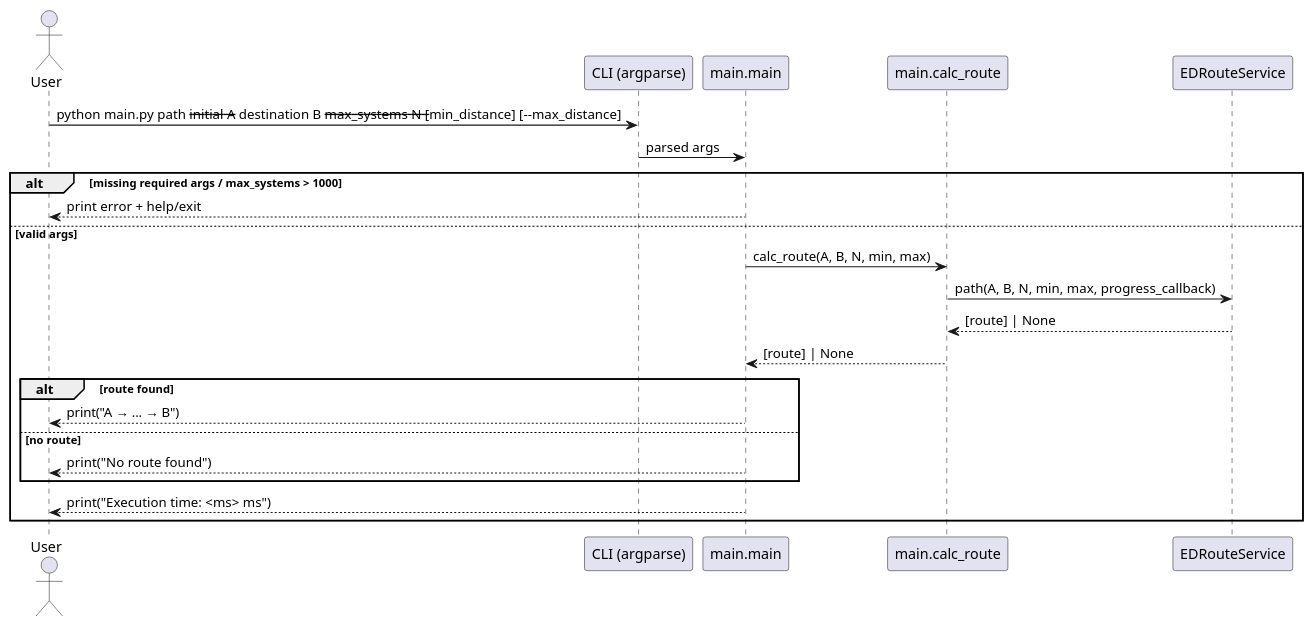
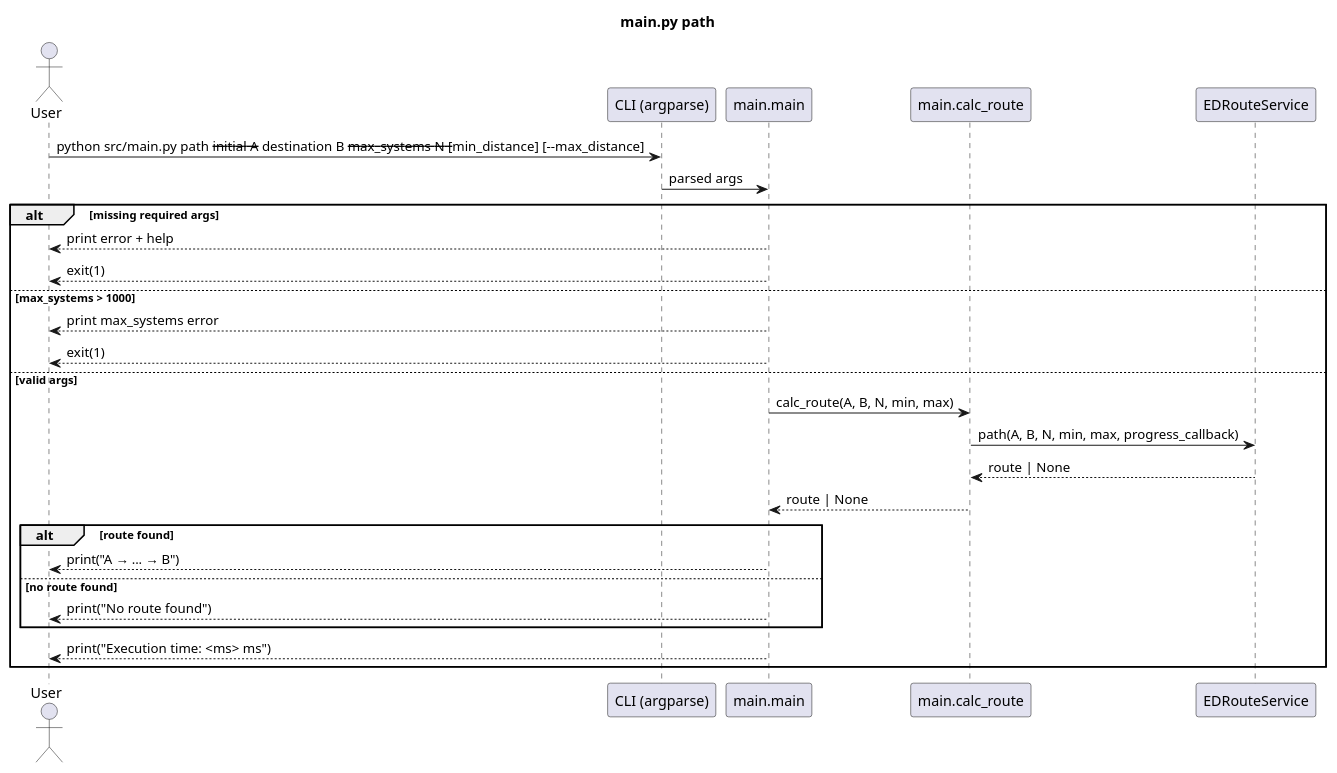
One commit to fazleskhan/elite_dangerous_discord_tools changed the third of 6 diagrams in docs/main_sequences.puml. Above: the diagram before and after it, drawn with PlantUML. The commit also changed other lines of this file and 25 other files, not shown here.

Commit message:
updated README.md and sequence diagrams

```diff
--- a/docs/main_sequences.puml
+++ b/docs/main_sequences.puml
@@ -36,27 +38,30 @@
-@startuml path
+@startuml main_path
+title main.py path
 actor User
 participant "CLI (argparse)" as CLI
 participant "main.main" as Main
 participant "main.calc_route" as CalcRoute
 participant "EDRouteService" as Route
 
-User -> CLI : python main.py path --initial A --destination B --max_systems N [--min_distance] [--max_distance]
+User -> CLI : python src/main.py path --initial A --destination B --max_systems N [--min_distance] [--max_distance]
 CLI -> Main : parsed args
 
-alt missing required args / max_systems > 1000
-  Main --> User : print error + help/exit
+alt missing required args
+  Main --> User : print error + help
+  Main --> User : exit(1)
+else max_systems > 1000
+  Main --> User : print max_systems error
+  Main --> User : exit(1)
 else valid args
   Main -> CalcRoute : calc_route(A, B, N, min, max)
   CalcRoute -> Route : path(A, B, N, min, max, progress_callback)
-  Route --> CalcRoute : [route] | None
-  CalcRoute --> Main : [route] | None
-
+  Route --> CalcRoute : route | None
+  CalcRoute --> Main : route | None
   alt route found
     Main --> User : print("A → ... → B")
-  else no route
+  else no route found
     Main --> User : print("No route found")
   end
-
   Main --> User : print("Execution time: <ms> ms")
 end
 @enduml
```
